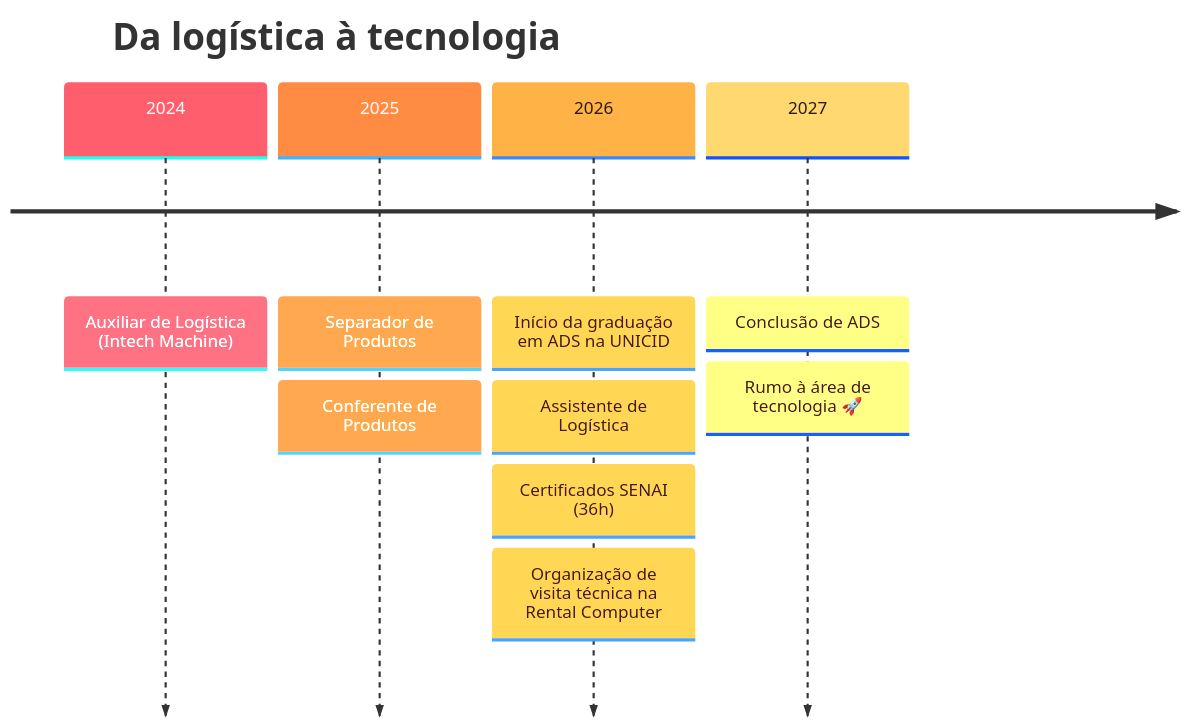
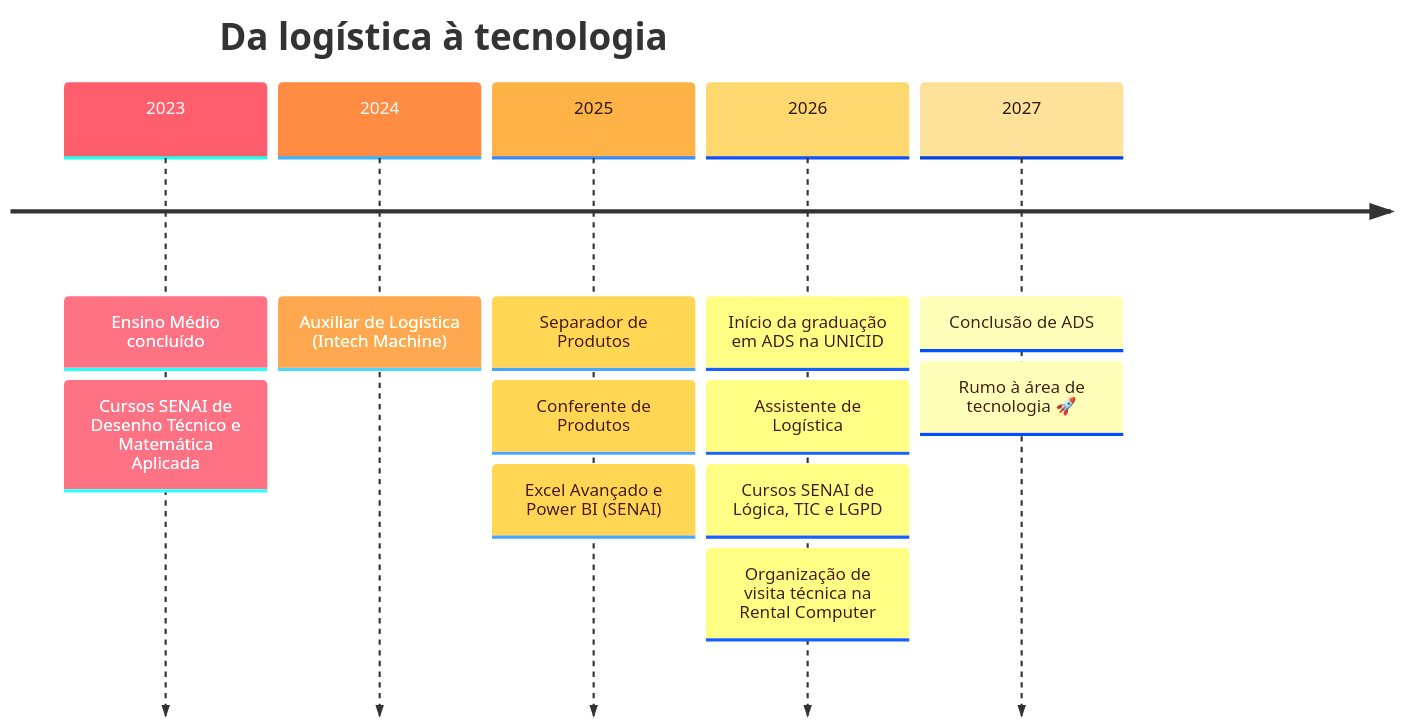
One commit to gabrieldesouza1830-cell/gabrieldesouza1830-cell changed the diagram in README.md. Above: the diagram before and after it, drawn with Mermaid. The commit also changed other lines of this file, not shown here.

First line of the commit message:
Adiciona todos os certificados do Drive ao README

````diff
--- a/README.md
+++ b/README.md
@@ -71,14 +71,17 @@
 ```mermaid
-%%{init: {'theme': 'base', 'themeVariables': {'cScale0': '#FF5F6D', 'cScaleLabel0': '#ffffff', 'cScale1': '#FF8C42', 'cScaleLabel1': '#ffffff', 'cScale2': '#FFB347', 'cScaleLabel2': '#2B1B17', 'cScale3': '#FFD86F', 'cScaleLabel3': '#2B1B17'}}}%%
+%%{init: {'theme': 'base', 'themeVariables': {'cScale0': '#FF5F6D', 'cScaleLabel0': '#ffffff', 'cScale1': '#FF8C42', 'cScaleLabel1': '#ffffff', 'cScale2': '#FFB347', 'cScaleLabel2': '#2B1B17', 'cScale3': '#FFD86F', 'cScaleLabel3': '#2B1B17', 'cScale4': '#FFE29A', 'cScaleLabel4': '#2B1B17'}}}%%
 timeline
     title Da logística à tecnologia
+    2023 : Ensino Médio concluído
+         : Cursos SENAI de Desenho Técnico e Matemática Aplicada
     2024 : Auxiliar de Logística (Intech Machine)
     2025 : Separador de Produtos
          : Conferente de Produtos
+         : Excel Avançado e Power BI (SENAI)
     2026 : Início da graduação em ADS na UNICID
          : Assistente de Logística
-         : Certificados SENAI (36h)
+         : Cursos SENAI de Lógica, TIC e LGPD
          : Organização de visita técnica na Rental Computer
     2027 : Conclusão de ADS
          : Rumo à área de tecnologia 🚀
 ```
````
